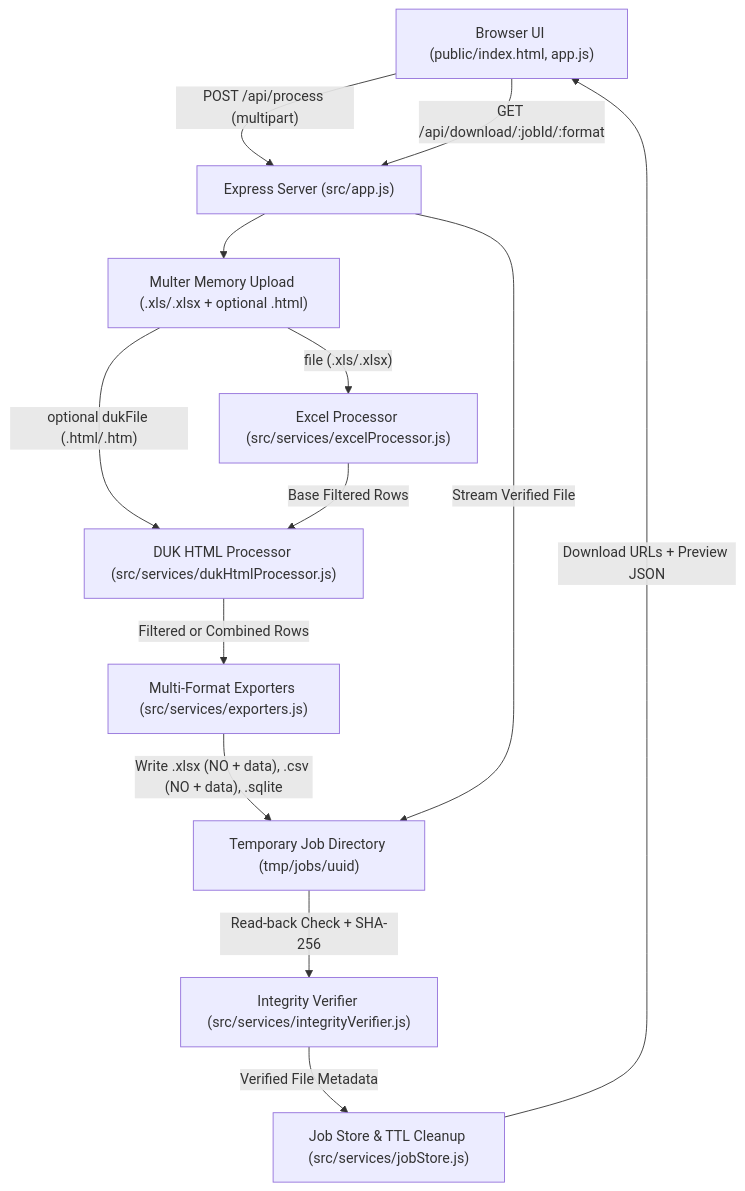
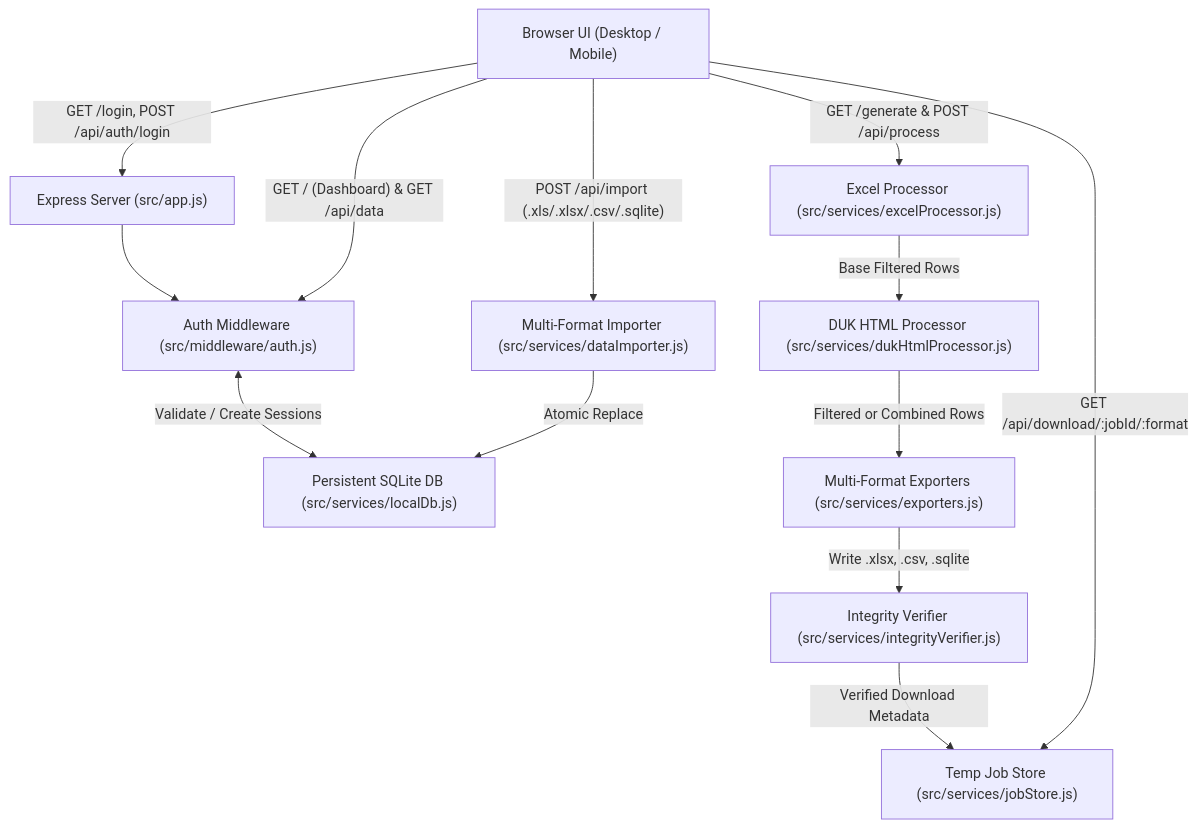
Before and after one commit to emenace/kmngfilterdata-metro: the first of 3 diagrams in docs/ARCHITECTURE.md, drawn with Mermaid. The commit also changed other lines of this file and 21 other files, not shown here.

````diff
--- a/docs/ARCHITECTURE.md
+++ b/docs/ARCHITECTURE.md
@@ -7,25 +7,26 @@
 ```mermaid
 flowchart TD
-    Browser["Browser UI (public/index.html, app.js)"]
+    Browser["Browser UI (Desktop / Mobile)"]
+    Auth["Auth Middleware (src/middleware/auth.js)"]
     Express["Express Server (src/app.js)"]
-    Multer["Multer Memory Upload (.xls/.xlsx + optional .html)"]
+    LocalDb["Persistent SQLite DB (src/services/localDb.js)"]
+    Importer["Multi-Format Importer (src/services/dataImporter.js)"]
     ExcelProc["Excel Processor (src/services/excelProcessor.js)"]
     DukProc["DUK HTML Processor (src/services/dukHtmlProcessor.js)"]
     Exporters["Multi-Format Exporters (src/services/exporters.js)"]
     Verifier["Integrity Verifier (src/services/integrityVerifier.js)"]
-    JobStore["Job Store & TTL Cleanup (src/services/jobStore.js)"]
-    Disk["Temporary Job Directory (tmp/jobs/uuid)"]
+    JobStore["Temp Job Store (src/services/jobStore.js)"]
 
-    Browser -->|"POST /api/process (multipart)"| Express
-    Express --> Multer
-    Multer -->|"file (.xls/.xlsx)"| ExcelProc
-    Multer -->|"optional dukFile (.html/.htm)"| DukProc
+    Browser -->|"GET /login, POST /api/auth/login"| Express
+    Express --> Auth
+    Auth <-->|"Validate / Create Sessions"| LocalDb
+    Browser -->|"GET / (Dashboard) & GET /api/data"| Auth
+    Browser -->|"POST /api/import (.xls/.xlsx/.csv/.sqlite)"| Importer
+    Importer -->|"Atomic Replace"| LocalDb
+    Browser -->|"GET /generate & POST /api/process"| ExcelProc
     ExcelProc -->|"Base Filtered Rows"| DukProc
     DukProc -->|"Filtered or Combined Rows"| Exporters
-    Exporters -->|"Write .xlsx (NO + data), .csv (NO + data), .sqlite"| Disk
-    Disk -->|"Read-back Check + SHA-256"| Verifier
-    Verifier -->|"Verified File Metadata"| JobStore
-    JobStore -->|"Download URLs + Preview JSON"| Browser
-    Browser -->|"GET /api/download/:jobId/:format"| Express
-    Express -->|"Stream Verified File"| Disk
+    Exporters -->|"Write .xlsx, .csv, .sqlite"| Verifier
+    Verifier -->|"Verified Download Metadata"| JobStore
+    Browser -->|"GET /api/download/:jobId/:format"| JobStore
 ```
````
